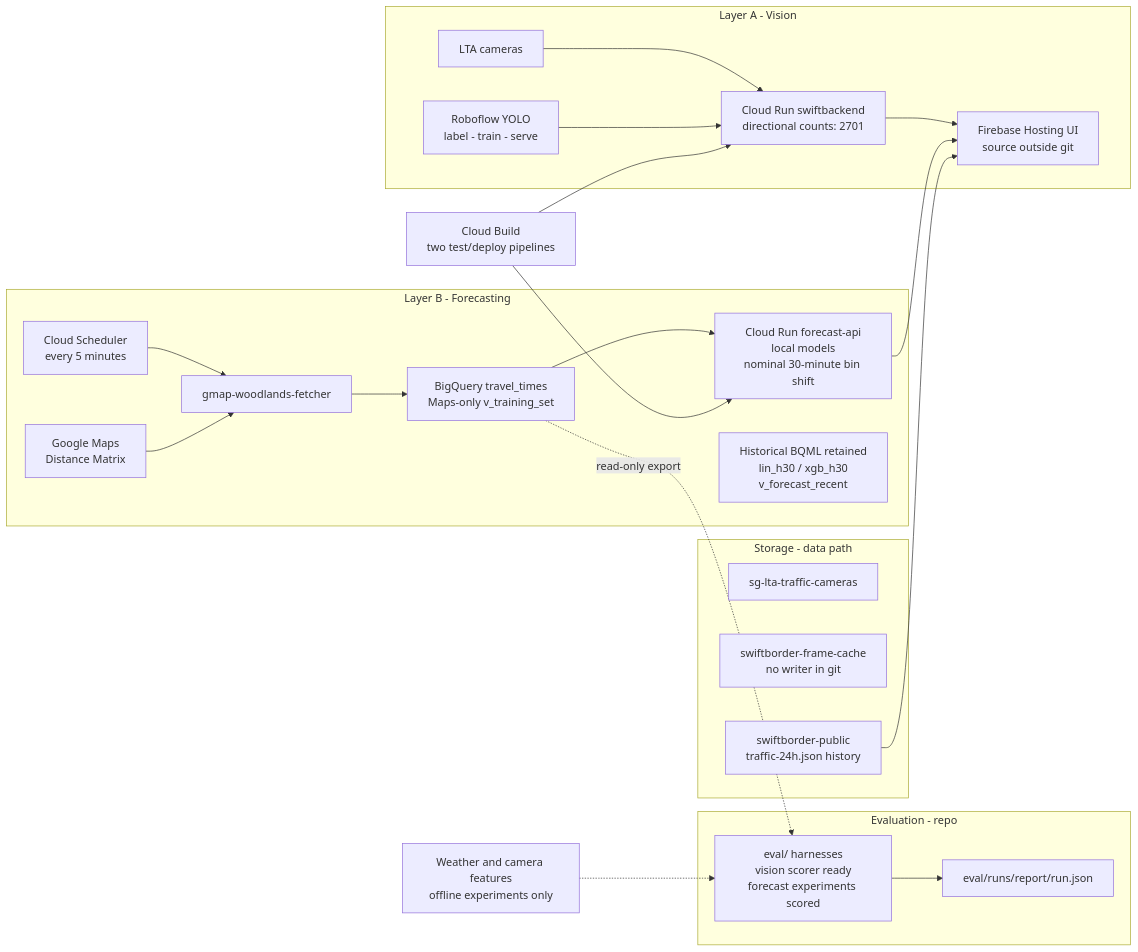
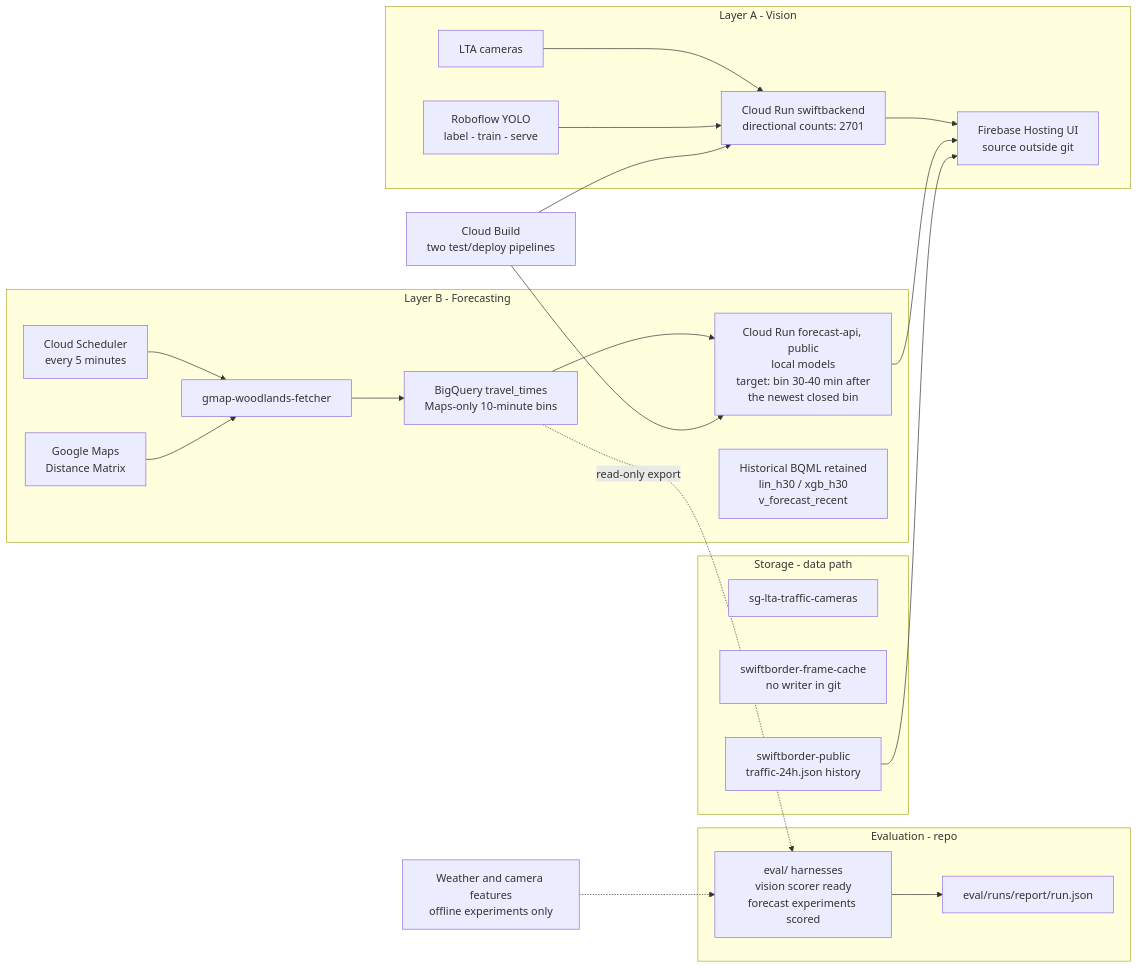
One commit to sozuken-max/swiftborder changed the first of 2 diagrams in docs/architecture.md. Above: the diagram before and after it, drawn with Mermaid. The commit also changed other lines of this file and 22 other files, not shown here.

````diff
--- a/docs/architecture.md
+++ b/docs/architecture.md
@@ -39,28 +39,28 @@
 ```mermaid
 flowchart LR
   subgraph LA["Layer A - Vision"]
     LTA["LTA cameras"] --> SB["Cloud Run swiftbackend<br/>directional counts: 2701"]
     RF["Roboflow YOLO<br/>label - train - serve"] --> SB
     SB --> UI["Firebase Hosting UI<br/>source outside git"]
   end
   subgraph LB["Layer B - Forecasting"]
     SCH["Cloud Scheduler<br/>every 5 minutes"] --> ING["gmap-woodlands-fetcher"]
     GM["Google Maps<br/>Distance Matrix"] --> ING
-    ING --> TT["BigQuery travel_times<br/>Maps-only v_training_set"]
-    TT --> API["Cloud Run forecast-api<br/>local models<br/>nominal 30-minute bin shift"]
+    ING --> TT["BigQuery travel_times<br/>Maps-only 10-minute bins"]
+    TT --> API["Cloud Run forecast-api, public<br/>local models<br/>target: bin 30-40 min after<br/>the newest closed bin"]
     API --> UI
     OLD["Historical BQML retained<br/>lin_h30 / xgb_h30<br/>v_forecast_recent"]
   end
   BUILD["Cloud Build<br/>two test/deploy pipelines"] --> SB
   BUILD --> API
   subgraph GCS["Storage - data path"]
     CAM["sg-lta-traffic-cameras"]
     CACHE["swiftborder-frame-cache<br/>no writer in git"]
     PUB["swiftborder-public<br/>traffic-24h.json history"] --> UI
   end
   subgraph EV["Evaluation - repo"]
     HAR["eval/ harnesses<br/>vision scorer ready<br/>forecast experiments scored"] --> REP["eval/runs/report/run.json"]
   end
   TT -.->|"read-only export"| HAR
   UNUSED["Weather and camera features<br/>offline experiments only"] -.-> HAR
 ```
````
